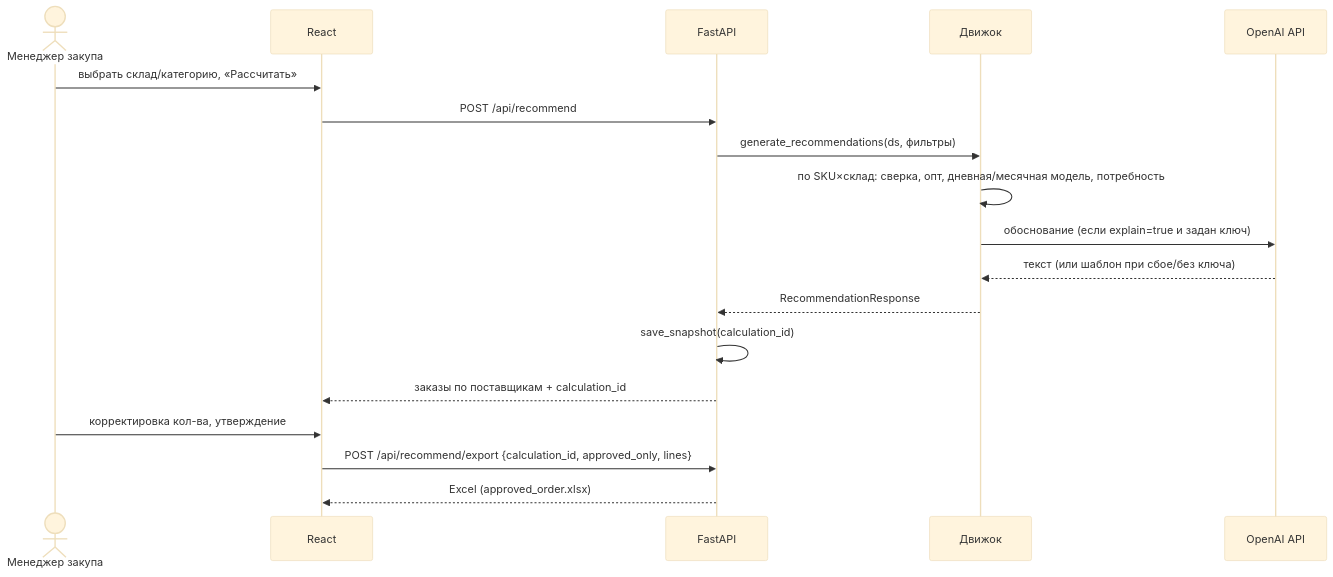
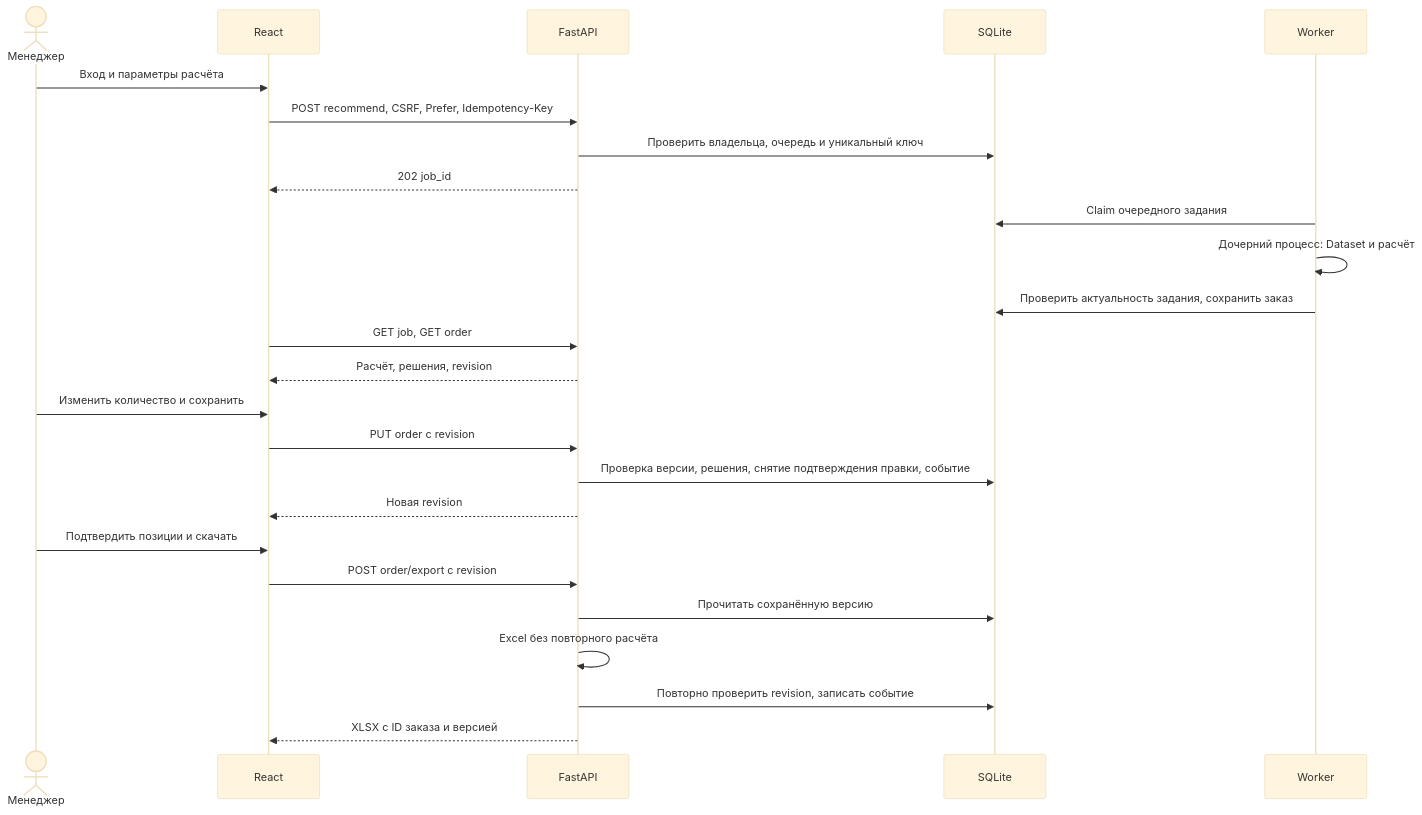
Before and after one commit to BAITC-Hacks/hack-a84ff6d0-hubtech: the third of 3 diagrams in docs/АРХИТЕКТУРА.md, drawn with Mermaid (base theme). The commit also changed other lines of this file and 120 other files, not shown here.

````diff
--- a/docs/АРХИТЕКТУРА.md
+++ b/docs/АРХИТЕКТУРА.md
@@ -177,20 +97,27 @@
 ```mermaid
 sequenceDiagram
-    actor M as Менеджер закупа
+    actor M as Менеджер
     participant UI as React
     participant API as FastAPI
-    participant ENG as Движок
-    participant LLM as OpenAI API
-    M->>UI: выбрать склад/категорию, «Рассчитать»
-    UI->>API: POST /api/recommend
-    API->>ENG: generate_recommendations(ds, фильтры)
-    ENG->>ENG: по SKU×склад: сверка, опт, дневная/месячная модель, потребность
-    ENG->>LLM: обоснование (если explain=true и задан ключ)
-    LLM-->>ENG: текст (или шаблон при сбое/без ключа)
-    ENG-->>API: RecommendationResponse
-    API->>API: save_snapshot(calculation_id)
-    API-->>UI: заказы по поставщикам + calculation_id
-    M->>UI: корректировка кол-ва, утверждение
-    UI->>API: POST /api/recommend/export {calculation_id, approved_only, lines}
-    API-->>UI: Excel (approved_order.xlsx)
+    participant DB as SQLite
+    participant W as Worker
+    M->>UI: Вход и параметры расчёта
+    UI->>API: POST recommend, CSRF, Prefer, Idempotency-Key
+    API->>DB: Проверить владельца, очередь и уникальный ключ
+    API-->>UI: 202 job_id
+    W->>DB: Claim очередного задания
+    W->>W: Дочерний процесс: Dataset и расчёт
+    W->>DB: Проверить актуальность задания, сохранить заказ
+    UI->>API: GET job, GET order
+    API-->>UI: Расчёт, решения, revision
+    M->>UI: Изменить количество и сохранить
+    UI->>API: PUT order с revision
+    API->>DB: Проверка версии, решения, снятие подтверждения правки, событие
+    API-->>UI: Новая revision
+    M->>UI: Подтвердить позиции и скачать
+    UI->>API: POST order/export с revision
+    API->>DB: Прочитать сохранённую версию
+    API->>API: Excel без повторного расчёта
+    API->>DB: Повторно проверить revision, записать событие
+    API-->>UI: XLSX с ID заказа и версией
 ```
````
